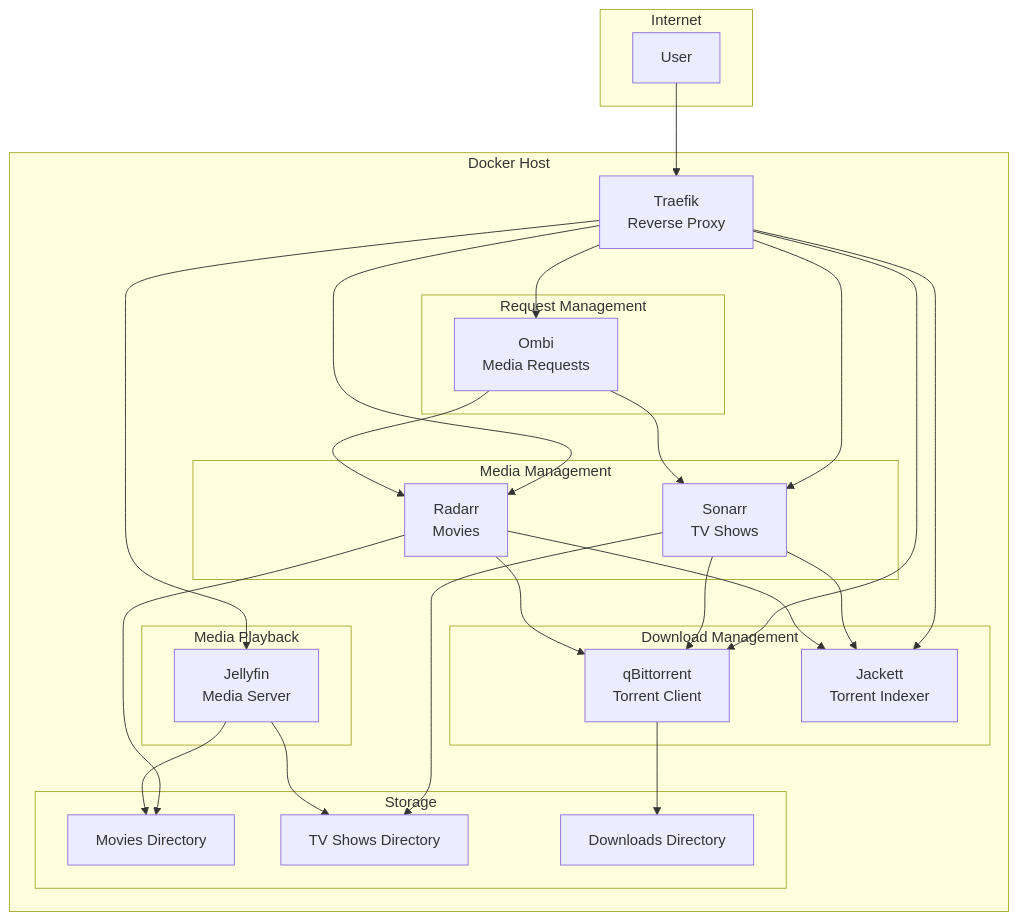
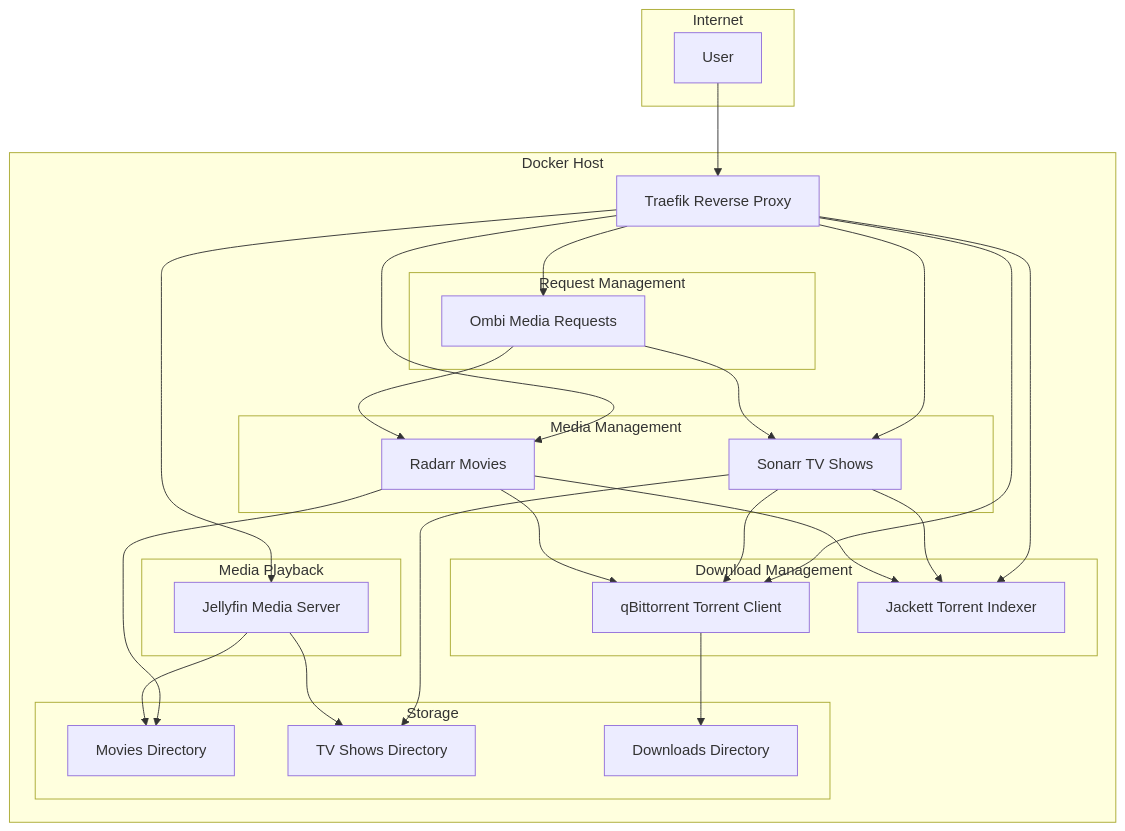
Before and after one commit to Noah-school/IaC-magnum-opus: the diagram in README.md, drawn with Mermaid.

Commit message:
removed broken new line

````diff
--- a/README.md
+++ b/README.md
@@ -26,54 +26,54 @@
 ```mermaid
 graph TD
     subgraph Internet
         User[User]
     end
 
     subgraph "Docker Host"
-        Traefik[Traefik\nReverse Proxy]
+        Traefik[Traefik Reverse Proxy]
 
         subgraph "Media Playback"
-            JF[Jellyfin\nMedia Server]
+            JF[Jellyfin Media Server]
         end
         
         subgraph "Request Management"
-            Ombi[Ombi\nMedia Requests]
+            Ombi[Ombi Media Requests]
         end
         
         subgraph "Download Management" 
-            QB[qBittorrent\nTorrent Client]
-            Jackett[Jackett\nTorrent Indexer]
+            QB[qBittorrent Torrent Client]
+            Jackett[Jackett Torrent Indexer]
         end
         
         subgraph "Media Management"
-            Sonarr[Sonarr\nTV Shows]
-            Radarr[Radarr\nMovies]
+            Sonarr[Sonarr TV Shows]
+            Radarr[Radarr Movies]
         end
 
         subgraph "Storage"
             Movies[Movies Directory]
             TV[TV Shows Directory]
             Downloads[Downloads Directory]
         end
     end
 
     User --> Traefik
     Traefik --> JF
     Traefik --> Ombi
     Traefik --> QB
     Traefik --> Jackett
     Traefik --> Sonarr
     Traefik --> Radarr
     
     Ombi --> Sonarr
     Ombi --> Radarr
     Sonarr --> Jackett
     Radarr --> Jackett
     Sonarr --> QB
     Radarr --> QB
     QB --> Downloads
     Sonarr --> TV
     Radarr --> Movies
     JF --> Movies
     JF --> TV
 ```
````
